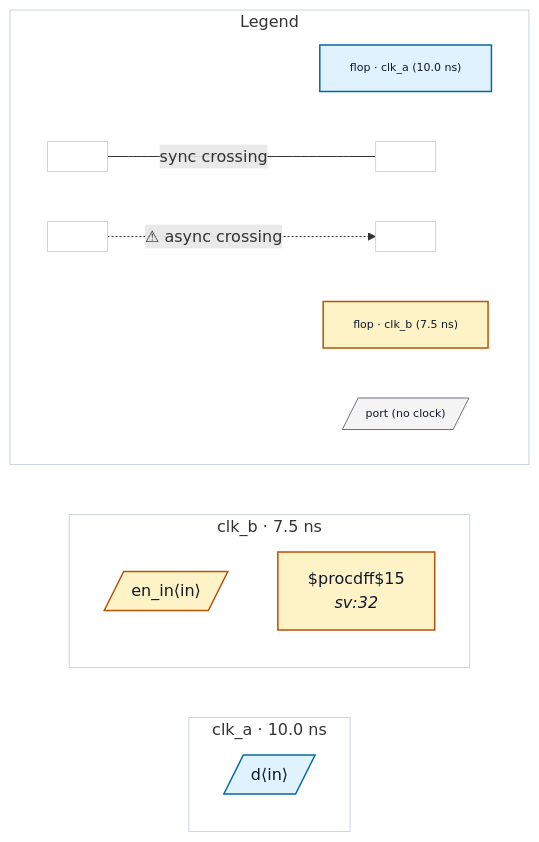
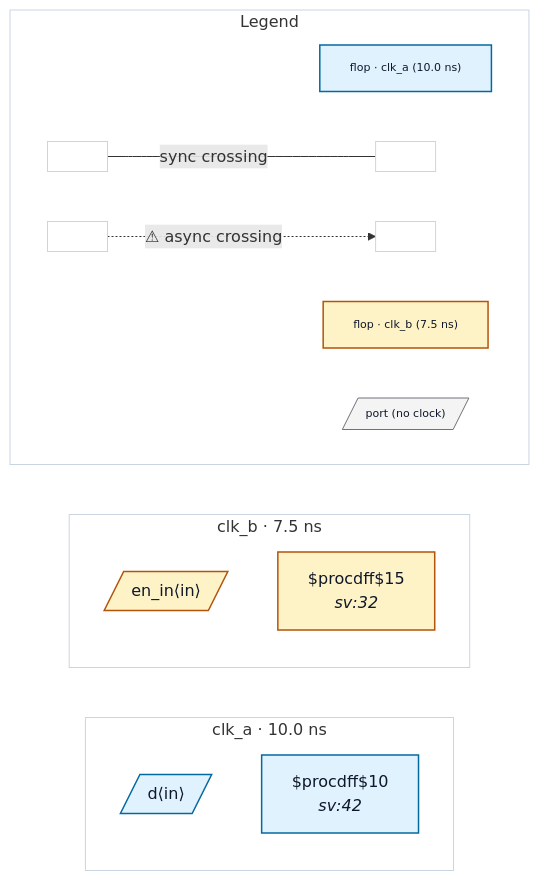
The diagram in tests/fixtures/bad_clock_gating_async_enable/README.md (rtl-buddy/rtl-buddy-cdc), drawn with Mermaid before and after one commit. The commit also changed other lines of this file and 14 other files, not shown here.

````diff
--- a/tests/fixtures/bad_clock_gating_async_enable/README.md
+++ b/tests/fixtures/bad_clock_gating_async_enable/README.md
@@ -20,39 +20,40 @@
 ```mermaid
 %% bad_clock_gating_async_enable — generated by rtl-buddy-cdc render
 flowchart LR
   subgraph clk_clk_a["clk_a · 10.0 ns"]
     direction TB
     p_in_d[/"d⟨in⟩"/]:::ckcls_clk_a
+    f_81f9c4bd["$procdff$10<br/><i>sv:42</i>"]:::ckcls_clk_a
   end
   subgraph clk_clk_b["clk_b · 7.5 ns"]
     direction TB
     p_in_en_in[/"en_in⟨in⟩"/]:::ckcls_clk_b
     f_0f5732e4["$procdff$15<br/><i>sv:32</i>"]:::ckcls_clk_b
   end
   subgraph rb_legend["Legend"]
     direction LR
     lg_clk_clk_a["flop · clk_a (10.0 ns)"]:::ckcls_clk_a
     lg_clk_clk_b["flop · clk_b (7.5 ns)"]:::ckcls_clk_b
     lg_port[/"port (no clock)"/]:::port_unassigned
     lg_sync_a[" "]:::ckcls_legend_neutral
     lg_sync_b[" "]:::ckcls_legend_neutral
     lg_async_a[" "]:::ckcls_legend_neutral
     lg_async_b[" "]:::ckcls_legend_neutral
     lg_sync_a --- |"sync crossing"| lg_sync_b
     lg_async_a -. "⚠ async crossing" .-> lg_async_b
   end
   style clk_clk_a fill:none,stroke:#cbd5e1
   style clk_clk_b fill:none,stroke:#cbd5e1
   style rb_legend fill:none,stroke:#cbd5e1
   style lg_clk_clk_a font-size:11px
   style lg_clk_clk_b font-size:11px
   style lg_port font-size:11px
   style lg_sync_a font-size:11px
   style lg_sync_b font-size:11px
   style lg_async_a font-size:11px
   style lg_async_b font-size:11px
   classDef ckcls_clk_a fill:#e0f2fe,stroke:#0369a1,stroke-width:1.5px,color:#0f172a
   classDef ckcls_clk_b fill:#fef3c7,stroke:#b45309,stroke-width:1.5px,color:#0f172a
   classDef port_unassigned fill:#f4f4f5,stroke:#71717a,color:#0f172a
   classDef ckcls_legend_neutral fill:#ffffff,stroke:#cbd5e1,stroke-width:1px,color:#0f172a
 ```
````
